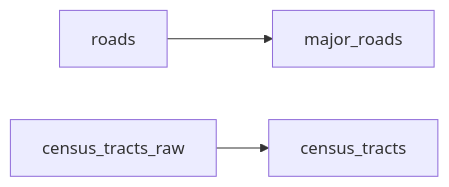
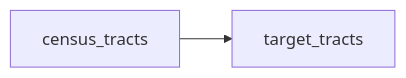
One commit to kielni/alidade changed the diagram in projects/lab4/README.md. Above: the diagram before and after it, drawn with Mermaid. The commit also changed other lines of this file and 5 other files, not shown here.

````diff
--- a/projects/lab4/README.md
+++ b/projects/lab4/README.md
@@ -33,5 +26,4 @@
 ```mermaid
 flowchart LR
-    roads --> major_roads
-    census_tracts_raw --> census_tracts
+    census_tracts --> target_tracts
 ```
````
